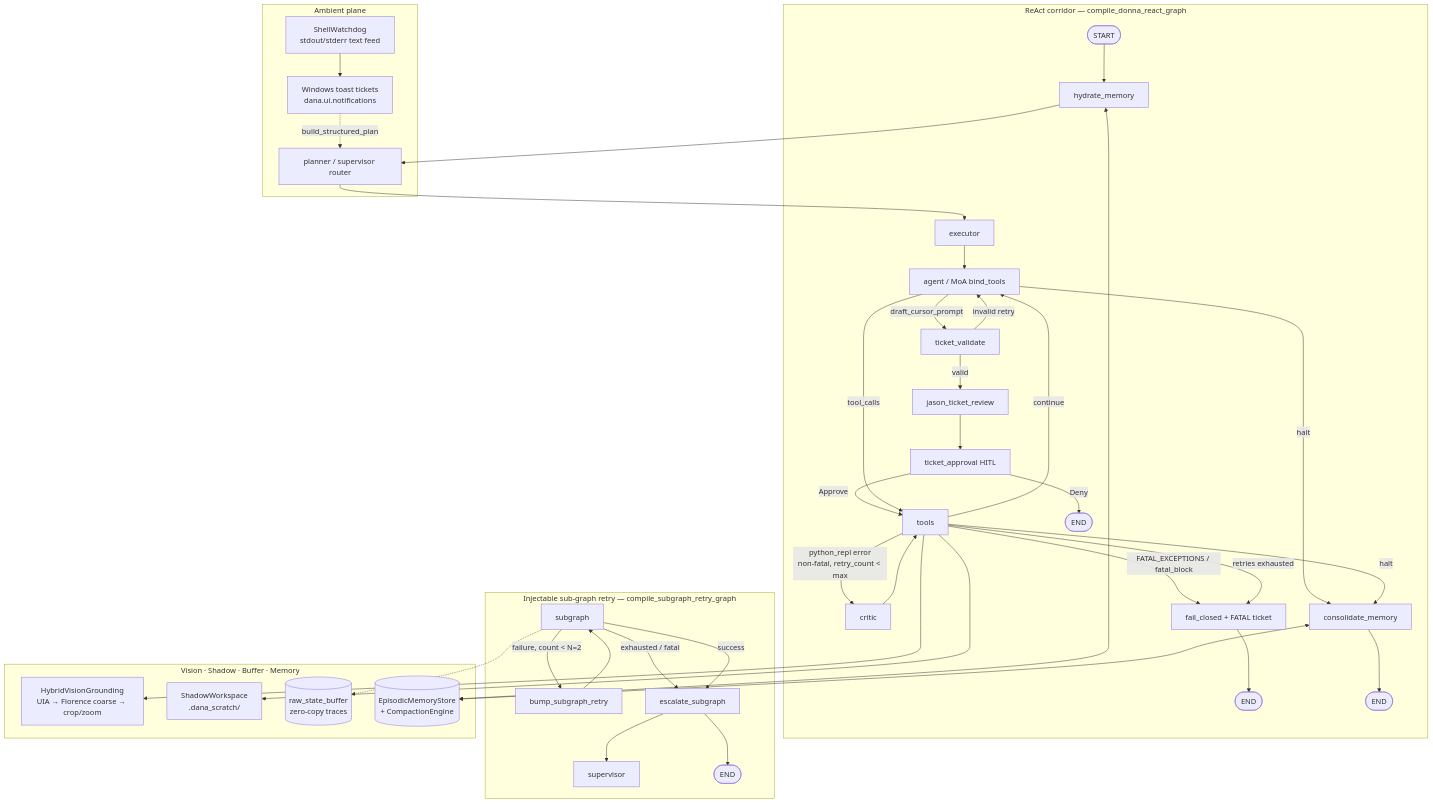
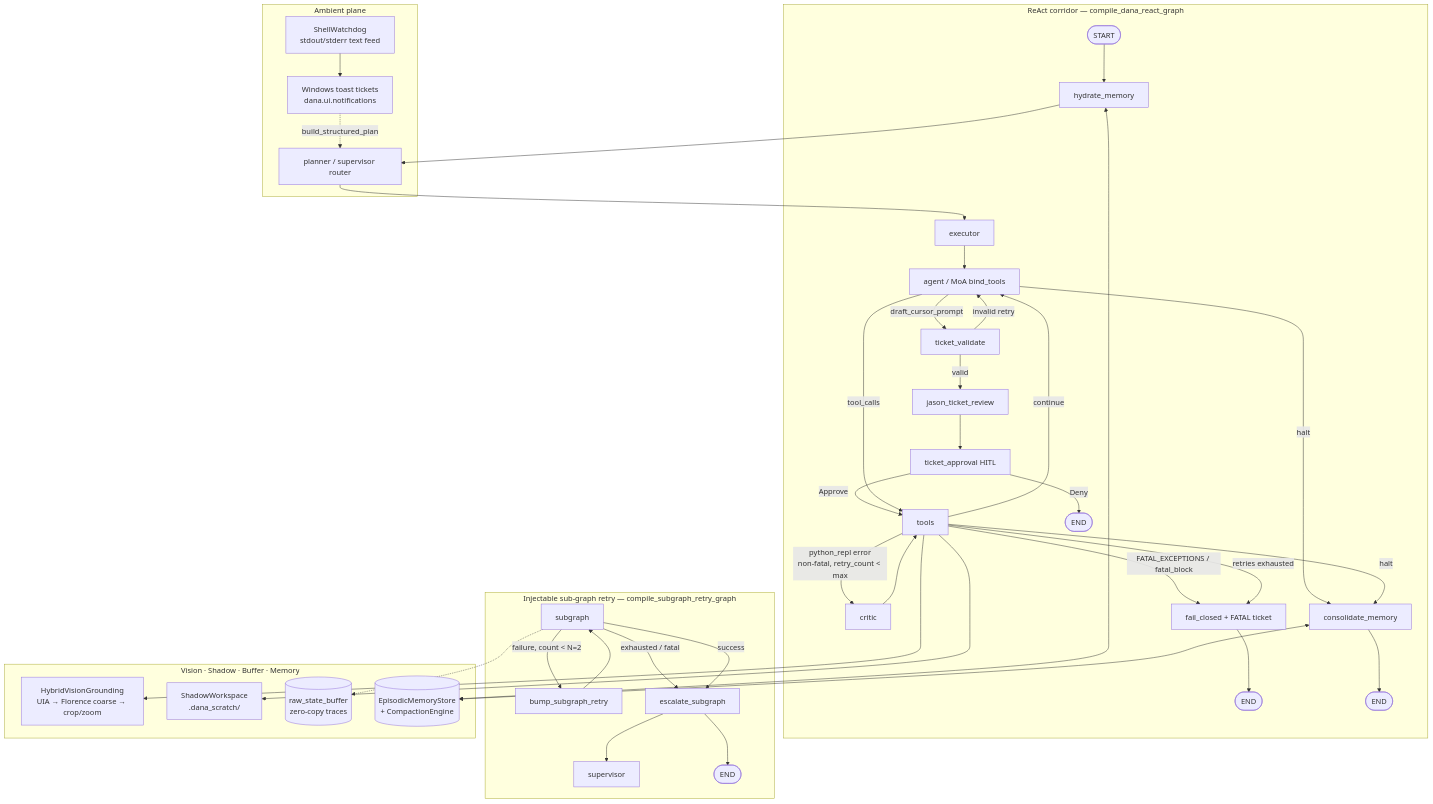
One commit to Cascade-Router/Dana changed the diagram in docs/WHITE_PAPER.md. Above: the diagram before and after it, drawn with Mermaid. The commit also changed other lines of this file and 285 other files, not shown here.

````diff
--- a/docs/WHITE_PAPER.md
+++ b/docs/WHITE_PAPER.md
@@ -64,60 +64,60 @@
 ```mermaid
 flowchart TB
   subgraph Ambient["Ambient plane"]
     WD[ShellWatchdog<br/>stdout/stderr text feed]
     TOAST[Windows toast tickets<br/>dana.ui.notifications]
     WD --> TOAST
     TOAST -.->|build_structured_plan| PL
   end
 
-  subgraph Corridor["ReAct corridor — compile_donna_react_graph"]
+  subgraph Corridor["ReAct corridor — compile_dana_react_graph"]
     HM[hydrate_memory]
     PL[planner / supervisor router]
     EX[executor]
     AG[agent / MoA bind_tools]
     TV[ticket_validate]
     JR[jason_ticket_review]
     TA[ticket_approval HITL]
     TL[tools]
     CR[critic]
     FC[fail_closed + FATAL ticket]
     CM[consolidate_memory]
 
     START([START]) --> HM --> PL --> EX --> AG
     AG -->|draft_cursor_prompt| TV
     TV -->|valid| JR --> TA
     TV -->|invalid retry| AG
     TA -->|Approve| TL
     TA -->|Deny| END1([END])
     AG -->|tool_calls| TL
     TL -->|python_repl error<br/>non-fatal, retry_count < max| CR --> TL
     TL -->|FATAL_EXCEPTIONS / fatal_block| FC --> END2([END])
     TL -->|retries exhausted| FC
     TL -->|continue| AG
     AG -->|halt| CM --> END3([END])
     TL -->|halt| CM
   end
 
   subgraph SubGraph["Injectable sub-graph retry — compile_subgraph_retry_graph"]
     SG[subgraph]
     BUMP[bump_subgraph_retry]
     ESC[escalate_subgraph]
     SUP[supervisor]
     SG -->|failure, count < N=2| BUMP --> SG
     SG -->|exhausted / fatal| ESC --> SUP
     SG -->|success| ESC --> END4([END])
   end
 
   subgraph Actuation["Vision · Shadow · Buffer · Memory"]
     HY[HybridVisionGrounding<br/>UIA → Florence coarse → crop/zoom]
     SW[ShadowWorkspace<br/>.dana_scratch/]
     RB[(raw_state_buffer<br/>zero-copy traces)]
     EM[(EpisodicMemoryStore<br/>+ CompactionEngine)]
   end
 
   TL --> HY
   TL --> SW
   SG -.-> RB
   HM <--> EM
   CM <--> EM
 ```
````
